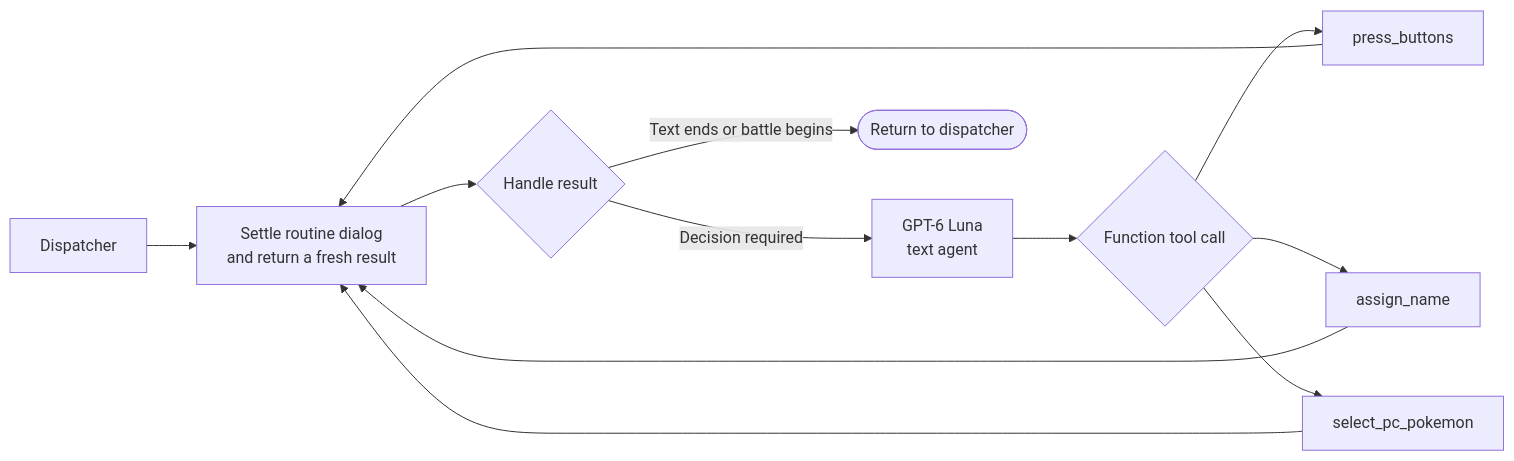
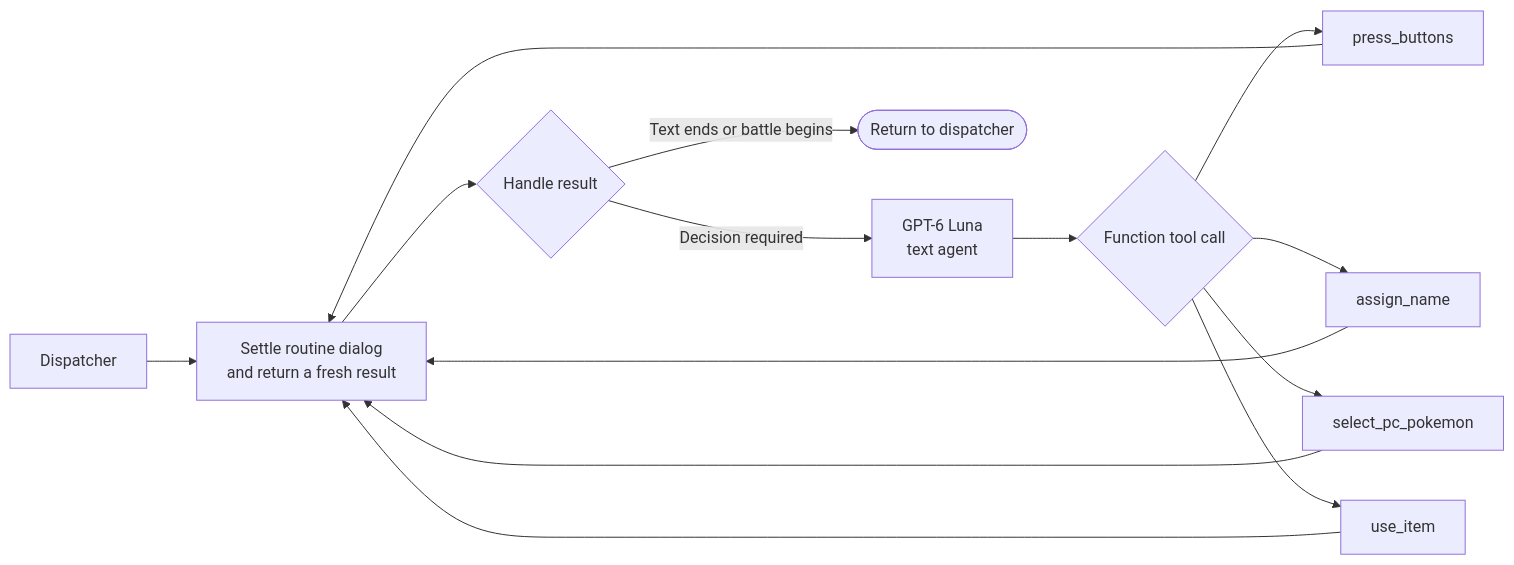
The fourth of 4 diagrams in docs/architecture.md (clambro/ai-plays-pokemon), drawn with Mermaid before and after one commit. The commit also changed other lines of this file and 10 other files, not shown here.

````diff
--- a/docs/architecture.md
+++ b/docs/architecture.md
@@ -185,15 +185,17 @@
 ```mermaid
 flowchart LR
     dispatch["Dispatcher"] --> settle["Settle routine dialog<br/>and return a fresh result"]
     settle --> handle{"Handle result"}
     handle -->|"Decision required"| agent["GPT-6 Luna<br/>text agent"]
     handle -->|"Text ends or battle begins"| finish(["Return to dispatcher"])
 
     agent --> choice{"Function tool call"}
     choice --> buttons["press_buttons"]
     choice --> name["assign_name"]
     choice --> pc["select_pc_pokemon"]
+    choice --> item["use_item"]
     buttons --> settle
     name --> settle
     pc --> settle
+    item --> settle
 ```
````
